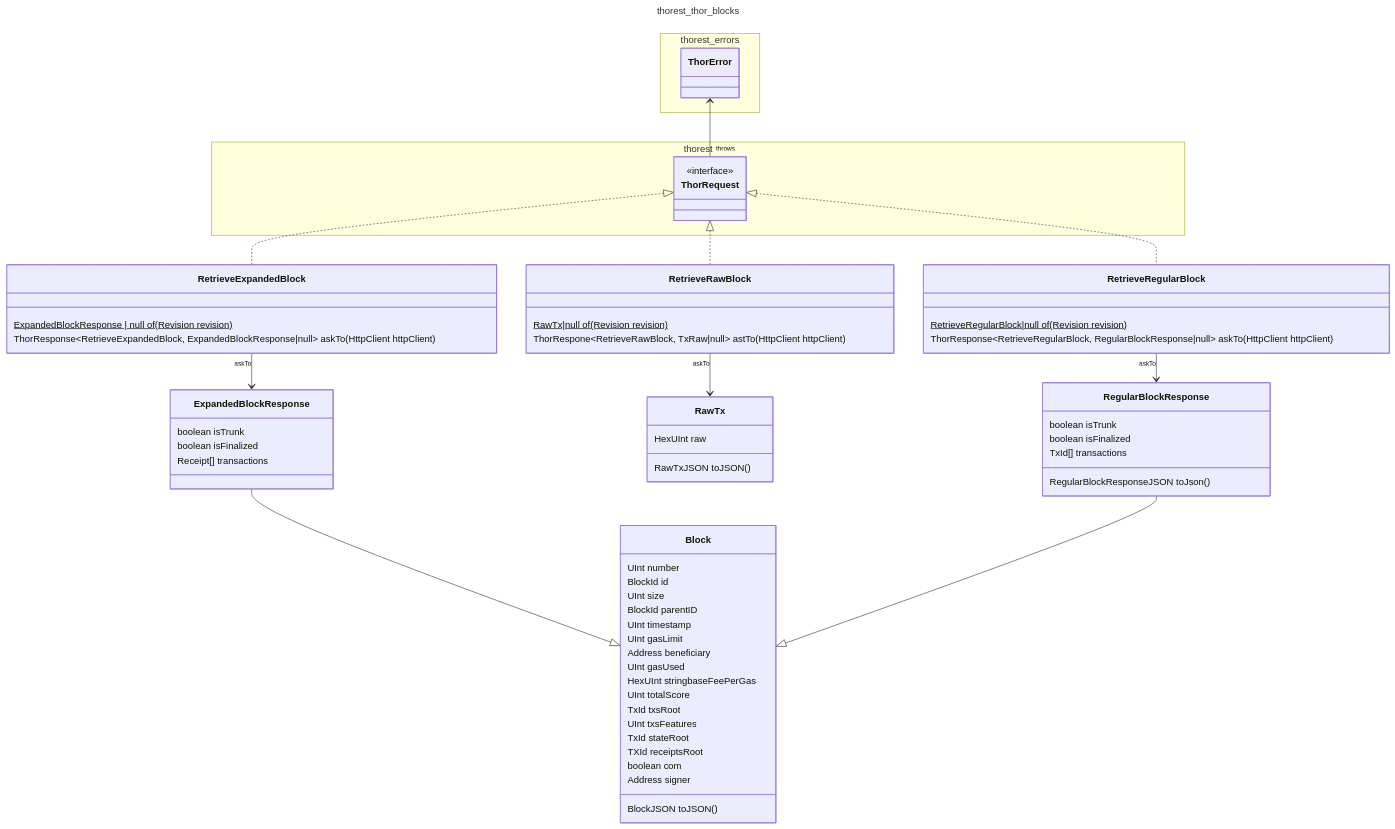
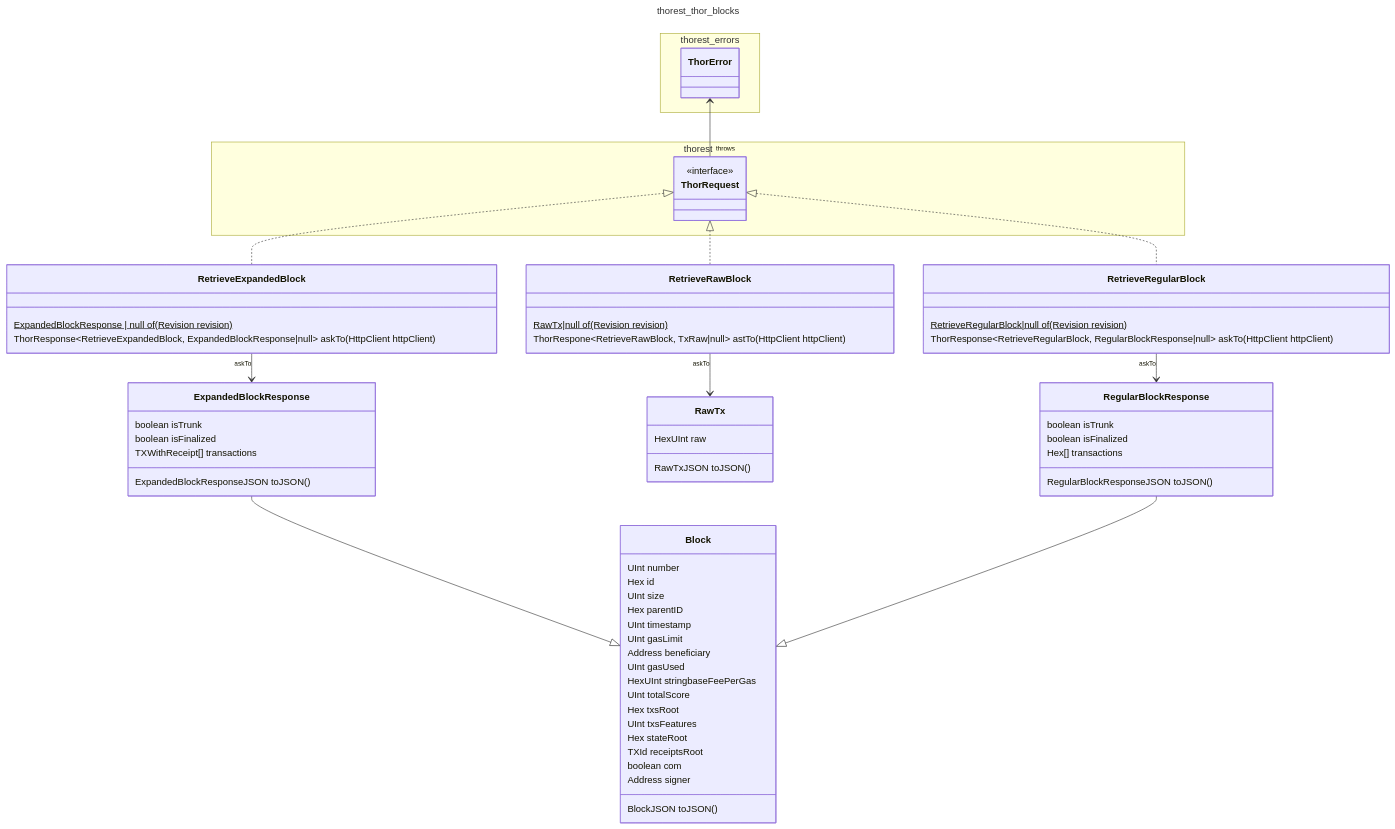
The diagram in docs/thorest/thor/blocks/blocks.mmd (vechain/vechain-sdk-js), drawn with Mermaid before and after one commit. The commit also changed 88 other files, not shown here.

```diff
--- a/docs/thorest/thor/blocks/blocks.mmd
+++ b/docs/thorest/thor/blocks/blocks.mmd
@@ -1,67 +1,68 @@
 ---
 title: thorest_thor_blocks
 ---
 classDiagram
     namespace thorest {
         class ThorRequest {
             <<interface>>
         }
     }
     namespace thorest_errors {
         class ThorError
     }
     class Block {
         UInt number
-        BlockId id
+        Hex id
         UInt size
-        BlockId parentID
+        Hex parentID
         UInt timestamp
         UInt gasLimit
         Address beneficiary
         UInt gasUsed
         HexUInt stringbaseFeePerGas
         UInt totalScore
-        TxId txsRoot
+        Hex txsRoot
         UInt txsFeatures
-        TxId stateRoot
+        Hex stateRoot
         TXId receiptsRoot
         boolean com
         Address signer
         BlockJSON toJSON()
     }
     class ExpandedBlockResponse {
         boolean isTrunk
         boolean isFinalized
-        Receipt[] transactions
+        TXWithReceipt[] transactions
+        ExpandedBlockResponseJSON toJSON()
     }
     class RawTx {
         HexUInt raw
         RawTxJSON toJSON()
     }
     class RegularBlockResponse {
         boolean isTrunk
         boolean isFinalized
-        TxId[]  transactions
-        RegularBlockResponseJSON toJson()
+        Hex[]  transactions
+        RegularBlockResponseJSON toJSON()
     }
     class RetrieveExpandedBlock {
         ExpandedBlockResponse | null of(Revision revision)$
         ThorResponse~RetrieveExpandedBlock, ExpandedBlockResponse|null~ askTo(HttpClient httpClient)
     }
     class RetrieveRawBlock {
         RawTx|null of(Revision revision)$
         ThorRespone~RetrieveRawBlock, TxRaw|null~ astTo(HttpClient httpClient)
     }
     class RetrieveRegularBlock {
         RetrieveRegularBlock|null of(Revision revision)$
         ThorResponse~RetrieveRegularBlock, RegularBlockResponse|null~ askTo(HttpClient httpClient)
     }
     ThorRequest <|.. RetrieveExpandedBlock
     ThorRequest <|.. RetrieveRawBlock
     ThorRequest <|.. RetrieveRegularBlock
     ExpandedBlockResponse --|> Block
     RegularBlockResponse --|> Block
     RetrieveExpandedBlock "askTo" --> ExpandedBlockResponse
     RetrieveRawBlock "askTo" --> RawTx
     RetrieveRegularBlock "askTo" --> RegularBlockResponse
     ThorError <-- "throws" ThorRequest
```
